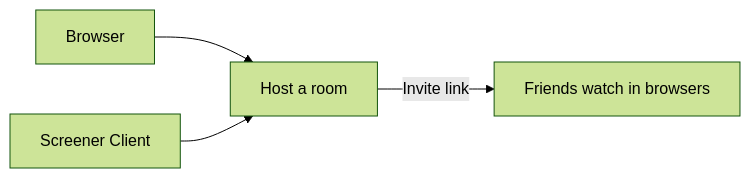
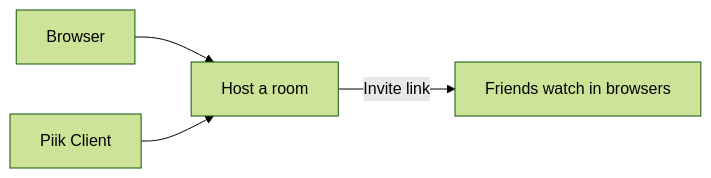
Before and after one commit to GH6324/Piik: the diagram in README.md, drawn with Mermaid (forest theme). The commit also changed other lines of this file and 253 other files, not shown here.

````diff
--- a/README.md
+++ b/README.md
@@ -12,6 +12,6 @@
 ```mermaid
 flowchart LR
   Browser[Browser] --> Host[Host a room]
-  Client[Screener Client] --> Host
+  Client[Piik Client] --> Host
   Host -->|Invite link| Friends[Friends watch in browsers]
 ```
````
